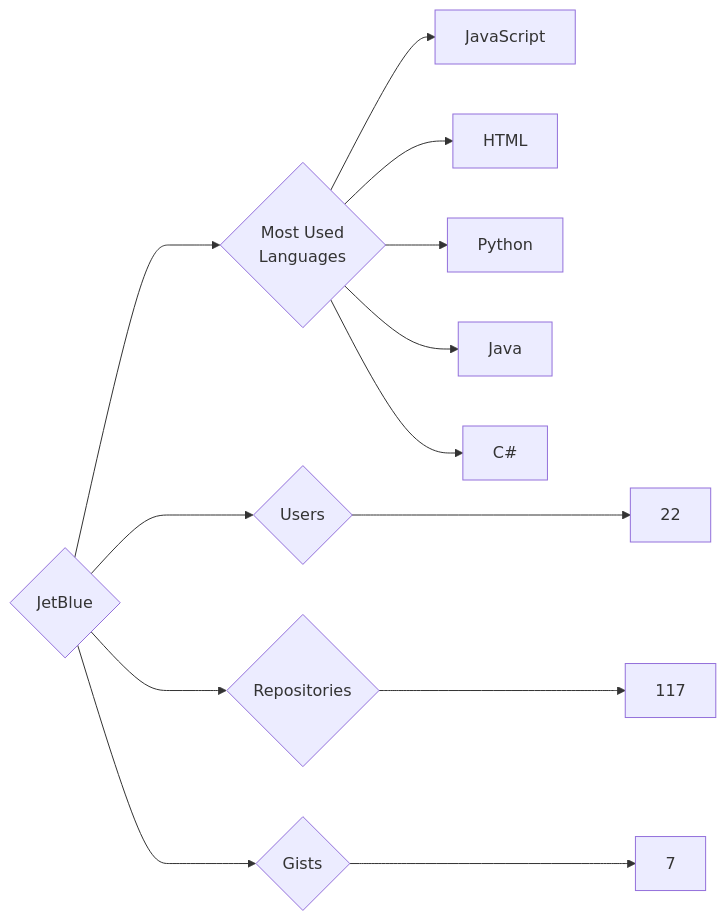
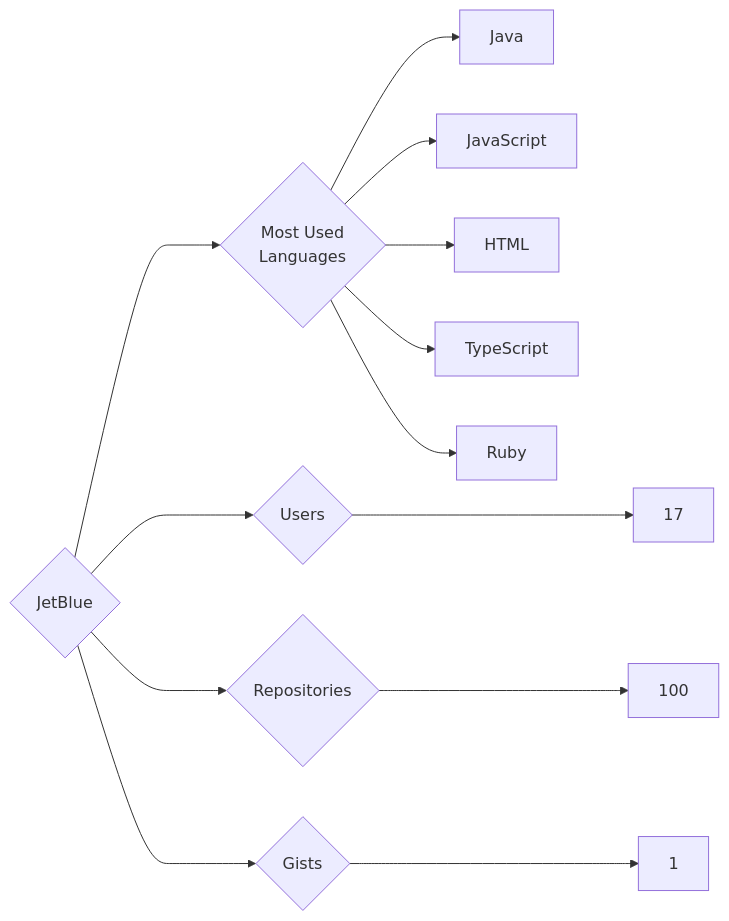
One commit to trickest/insiders changed the diagram in targets/JetBlue/README.md. Above: the diagram before and after it, drawn with Mermaid. The commit also changed 629 other files, not shown here.

````diff
--- a/targets/JetBlue/README.md
+++ b/targets/JetBlue/README.md
@@ -3,13 +3,13 @@
 ```mermaid
 graph LR
 COMPANY_NAME{JetBlue}
-COMPANY_NAME ---> U{Users} ---> UN[22]
-COMPANY_NAME ---> R{Repositories} ---> RN[117]
-COMPANY_NAME ---> G{Gists} ---> GN[7]
+COMPANY_NAME ---> U{Users} ---> UN[17]
+COMPANY_NAME ---> R{Repositories} ---> RN[100]
+COMPANY_NAME ---> G{Gists} ---> GN[1]
 COMPANY_NAME ---> ML{Most Used<br>Languages}
+ML --> Java[Java]
 ML --> JavaScript[JavaScript]
 ML --> HTML[HTML]
-ML --> Python[Python]
-ML --> Java[Java]
-ML --> C#[C#]
+ML --> TypeScript[TypeScript]
+ML --> Ruby[Ruby]
 ```
````
